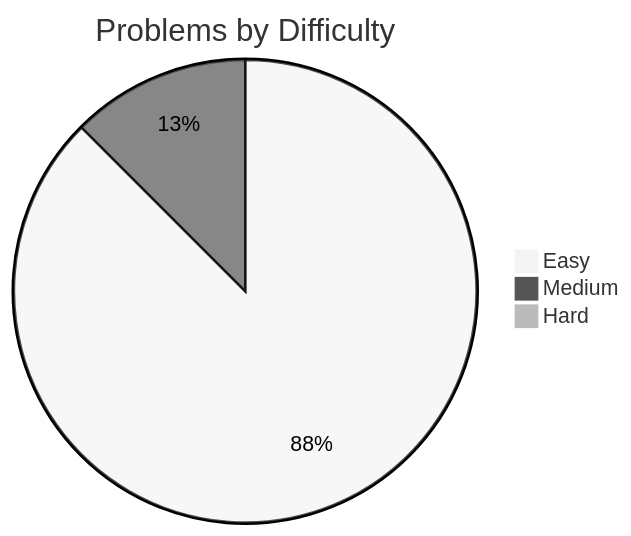
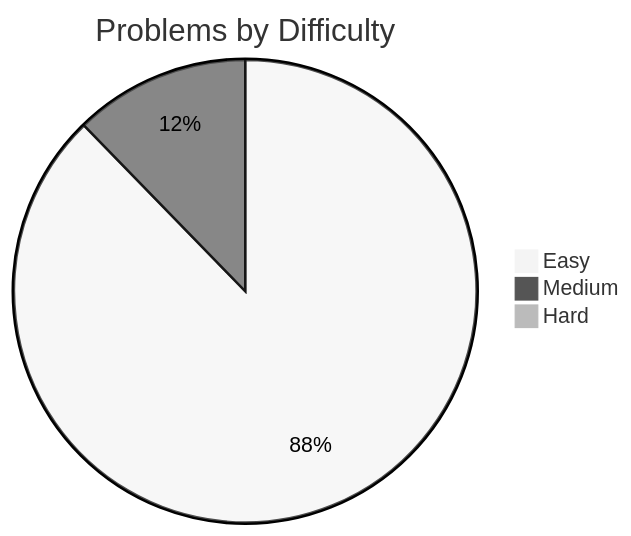
Before and after one commit to davelin18yufan/leetcode-journal: the diagram in README.md, drawn with Mermaid (neutral theme). The commit also changed other lines of this file and 5 other files, not shown here.

````diff
--- a/README.md
+++ b/README.md
@@ -7,7 +7,7 @@
 ```mermaid
 pie
     title Problems by Difficulty
-    "Easy" : 49
+    "Easy" : 50
     "Medium" : 7
     "Hard" : 0
 ```
````
